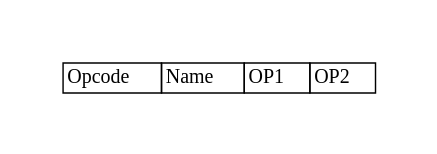
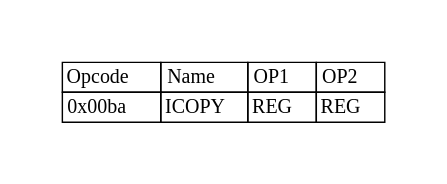
One commit to adesutherland/CREXX changed the diagram in docs/books/crexx_vm_spec/svg/icopy.gv. Above: the diagram before and after it, drawn with Graphviz. The commit also changed 207 other files, not shown here.

```diff
--- a/docs/books/crexx_vm_spec/svg/icopy.gv
+++ b/docs/books/crexx_vm_spec/svg/icopy.gv
@@ -1,8 +1,9 @@
 digraph{
 graph [pad="0.5", nodesep="0.5", ranksep="2" ]
 node[shape=plain]
 Foo [label=<
 <table border="0" cellborder="1" cellspacing="0">
 <tr><td> Opcode </td> <td> Name </td> <td> OP1 </td><td> OP2 </td> </tr>
+<tr><td> 0x00ba </td><td> ICOPY </td><td> REG </td><td> REG </td> </tr>
 </table>>];
 }
```
